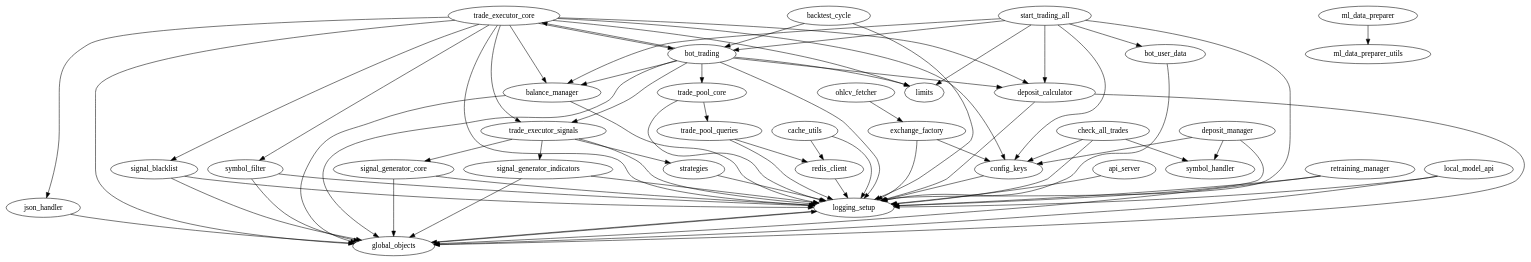
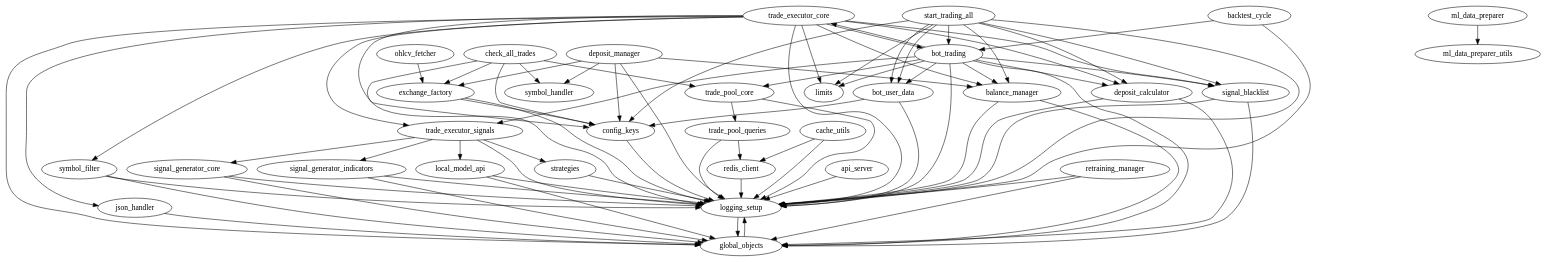
The diagram in trading_bot_graph.dot (Mars-proj/Simbiot-trading-bot-clean), drawn with Graphviz before and after one commit. The commit also changed 14 other files, not shown here.

```diff
--- a/trading_bot_graph.dot
+++ b/trading_bot_graph.dot
@@ -1,99 +1,109 @@
 digraph trading_bot {
     // Core Trading Logic
     trade_executor_core -> logging_setup;
     trade_executor_core -> json_handler;
     trade_executor_core -> trade_executor_signals;
     trade_executor_core -> bot_trading;
     trade_executor_core -> global_objects;
     trade_executor_core -> symbol_filter;
     trade_executor_core -> balance_manager;
     trade_executor_core -> deposit_calculator;
     trade_executor_core -> signal_blacklist;
-    trade_executor_core -> limits;  // Added 2025-03-30
-    trade_executor_core -> config_keys;  // Added 2025-03-30 for MAX_LEVERAGE
+    trade_executor_core -> limits;
+    trade_executor_core -> config_keys;
     trade_executor_signals -> logging_setup;
     trade_executor_signals -> signal_generator_core;
     trade_executor_signals -> signal_generator_indicators;
     trade_executor_signals -> strategies;
+    trade_executor_signals -> local_model_api;  // Added 2025-03-31
     bot_trading -> logging_setup;
     bot_trading -> trade_executor_core;
-    bot_trading -> trade_executor_signals;  // Added 2025-03-29
+    bot_trading -> trade_executor_signals;
     bot_trading -> trade_pool_core;
     bot_trading -> global_objects;
-    bot_trading -> limits;  // Added 2025-03-30
+    bot_trading -> limits;
     bot_trading -> balance_manager;
-    bot_trading -> deposit_calculator;  // Added 2025-03-30
+    bot_trading -> deposit_calculator;
+    bot_trading -> signal_blacklist;
+    bot_trading -> bot_user_data;  // Added 2025-03-31
     start_trading_all -> logging_setup;
     start_trading_all -> bot_trading;
     start_trading_all -> config_keys;
     start_trading_all -> bot_user_data;
-    start_trading_all -> limits;  // Added 2025-03-30
+    start_trading_all -> limits;
     start_trading_all -> balance_manager;
-    start_trading_all -> deposit_calculator;  // Added 2025-03-30
+    start_trading_all -> deposit_calculator;
+    start_trading_all -> signal_blacklist;
+    start_trading_all -> bot_user_data;  // Added 2025-03-31
     signal_generator_core -> logging_setup;
     signal_generator_core -> global_objects;
     signal_generator_indicators -> logging_setup;
     signal_generator_indicators -> global_objects;
     strategies -> logging_setup;
     trade_pool_core -> logging_setup;
     trade_pool_core -> trade_pool_queries;
     trade_pool_queries -> logging_setup;
     trade_pool_queries -> redis_client;
     global_objects -> logging_setup;
     symbol_filter -> logging_setup;
     symbol_filter -> global_objects;
     balance_manager -> logging_setup;
     balance_manager -> global_objects;
     deposit_calculator -> logging_setup;
     deposit_calculator -> global_objects;
     signal_blacklist -> logging_setup;
     signal_blacklist -> global_objects;
     retraining_manager -> logging_setup;
     retraining_manager -> global_objects;
     local_model_api -> logging_setup;
     local_model_api -> global_objects;
 
     // Supporting Modules
     logging_setup -> global_objects;
     config_keys -> logging_setup;
     redis_client -> logging_setup;
     json_handler -> global_objects;
     backtest_cycle -> logging_setup;
     backtest_cycle -> bot_trading;
     bot_user_data -> logging_setup;
+    bot_user_data -> config_keys;  // Added 2025-03-31
     api_server -> logging_setup;
 
     // Additional Modules
     cache_utils -> logging_setup;
     cache_utils -> redis_client;
     check_all_trades -> logging_setup;
-    check_all_trades -> config_keys;  // Added 2025-03-29
-    check_all_trades -> symbol_handler;  // Added 2025-03-30
+    check_all_trades -> config_keys;
+    check_all_trades -> symbol_handler;
+    check_all_trades -> trade_pool_core;  // Added 2025-03-31
+    check_all_trades -> exchange_factory;  // Added 2025-03-31
     deposit_manager -> logging_setup;
-    deposit_manager -> config_keys;  // Added 2025-03-29
-    deposit_manager -> symbol_handler;  // Added 2025-03-30
+    deposit_manager -> config_keys;
+    deposit_manager -> symbol_handler;
+    deposit_manager -> exchange_factory;  // Added 2025-03-31
+    deposit_manager -> balance_manager;  // Added 2025-03-31
     exchange_factory -> logging_setup;
-    exchange_factory -> config_keys;  // Added 2025-03-29
-    ohlcv_fetcher -> exchange_factory;  // Updated 2025-03-29: changed from exchange_setup
+    exchange_factory -> config_keys;
+    ohlcv_fetcher -> exchange_factory;
     ml_data_preparer -> ml_data_preparer_utils;
 
     // Non-working modules (physically present but should not be used, 2025-03-29)
     // async_exchange_fetcher [label="async_exchange_fetcher (non-working)"];
     // async_exchange_manager [label="async_exchange_manager (non-working)"];
     // async_ohlcv_fetcher [label="async_ohlcv_fetcher (non-working)"];
     // async_order_fetcher [label="async_order_fetcher (non-working)"];
     // async_ticker_fetcher [label="async_ticker_fetcher (non-working)"];
     // async_utils [label="async_utils (non-working)"];
     // backtest_analyzer [label="backtest_analyzer (non-working)"];
     // backtester [label="backtester (non-working)"];
     // balance_utils [label="balance_utils (non-working)"];
     // bot_commands_balance [label="bot_commands_balance (non-working)"];
     // bot_commands_status [label="bot_commands_status (non-working)"];
     // data_fetcher [label="data_fetcher (non-working)"];
     // holdings_manager [label="holdings_manager (non-working)"];
     // market_analyzer [label="market_analyzer (non-working)"];
     // signal_aggregator [label="signal_aggregator (non-working)"];
     // symbol_utils [label="symbol_utils (non-working)"];
     // trade_blacklist [label="trade_blacklist (non-working)"];
     // analytics [label="analytics (non-working)"];
 }
```
